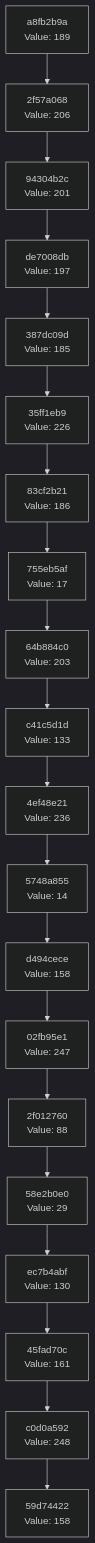
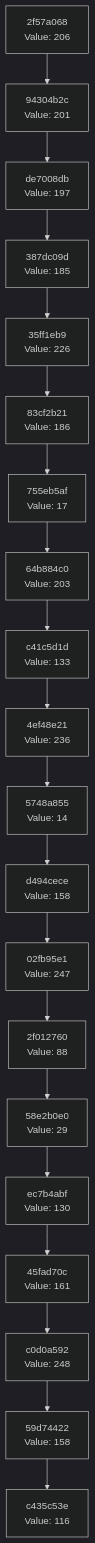
Before and after one commit to Abhisheksinha1506/hash-chain-evolver: the diagram in docs/CHAIN_VISUALIZATION.md, drawn with Mermaid (dark theme). The commit also changed 2 other files, not shown here.

Commit message:
Evolution Step

````diff
--- a/docs/CHAIN_VISUALIZATION.md
+++ b/docs/CHAIN_VISUALIZATION.md
@@ -3,42 +3,42 @@
 ```mermaid
 graph TD
-    C0["59d74422<br/>Value: 158"]
-    C1["c0d0a592<br/>Value: 248"]
+    C0["c435c53e<br/>Value: 116"]
+    C1["59d74422<br/>Value: 158"]
     C1 --> C0
-    C2["45fad70c<br/>Value: 161"]
+    C2["c0d0a592<br/>Value: 248"]
     C2 --> C1
-    C3["ec7b4abf<br/>Value: 130"]
+    C3["45fad70c<br/>Value: 161"]
     C3 --> C2
-    C4["58e2b0e0<br/>Value: 29"]
+    C4["ec7b4abf<br/>Value: 130"]
     C4 --> C3
-    C5["2f012760<br/>Value: 88"]
+    C5["58e2b0e0<br/>Value: 29"]
     C5 --> C4
-    C6["02fb95e1<br/>Value: 247"]
+    C6["2f012760<br/>Value: 88"]
     C6 --> C5
-    C7["d494cece<br/>Value: 158"]
+    C7["02fb95e1<br/>Value: 247"]
     C7 --> C6
-    C8["5748a855<br/>Value: 14"]
+    C8["d494cece<br/>Value: 158"]
     C8 --> C7
-    C9["4ef48e21<br/>Value: 236"]
+    C9["5748a855<br/>Value: 14"]
     C9 --> C8
-    C10["c41c5d1d<br/>Value: 133"]
+    C10["4ef48e21<br/>Value: 236"]
     C10 --> C9
-    C11["64b884c0<br/>Value: 203"]
+    C11["c41c5d1d<br/>Value: 133"]
     C11 --> C10
-    C12["755eb5af<br/>Value: 17"]
+    C12["64b884c0<br/>Value: 203"]
     C12 --> C11
-    C13["83cf2b21<br/>Value: 186"]
+    C13["755eb5af<br/>Value: 17"]
     C13 --> C12
-    C14["35ff1eb9<br/>Value: 226"]
+    C14["83cf2b21<br/>Value: 186"]
     C14 --> C13
-    C15["387dc09d<br/>Value: 185"]
+    C15["35ff1eb9<br/>Value: 226"]
     C15 --> C14
-    C16["de7008db<br/>Value: 197"]
+    C16["387dc09d<br/>Value: 185"]
     C16 --> C15
-    C17["94304b2c<br/>Value: 201"]
+    C17["de7008db<br/>Value: 197"]
     C17 --> C16
-    C18["2f57a068<br/>Value: 206"]
+    C18["94304b2c<br/>Value: 201"]
     C18 --> C17
-    C19["a8fb2b9a<br/>Value: 189"]
+    C19["2f57a068<br/>Value: 206"]
     C19 --> C18
 ```
````
